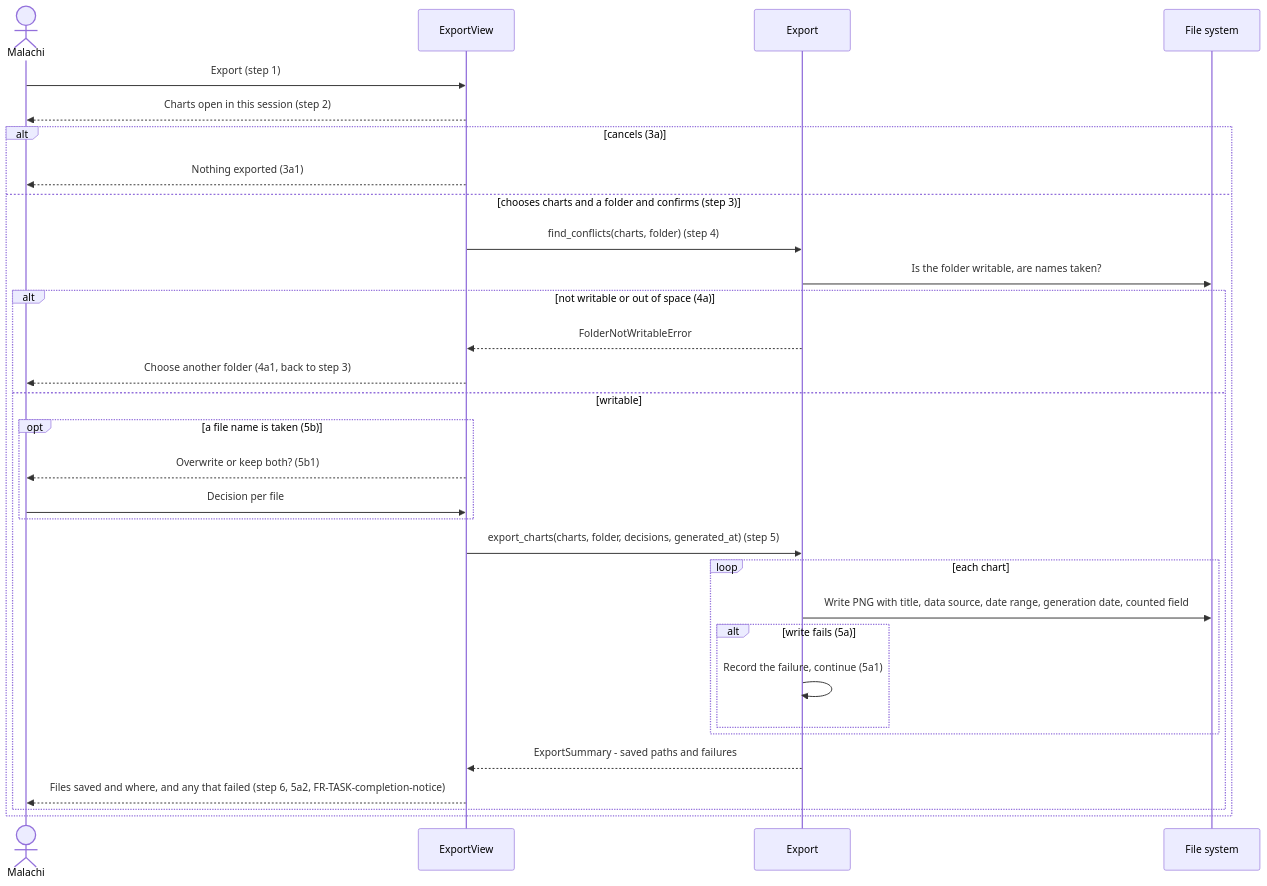
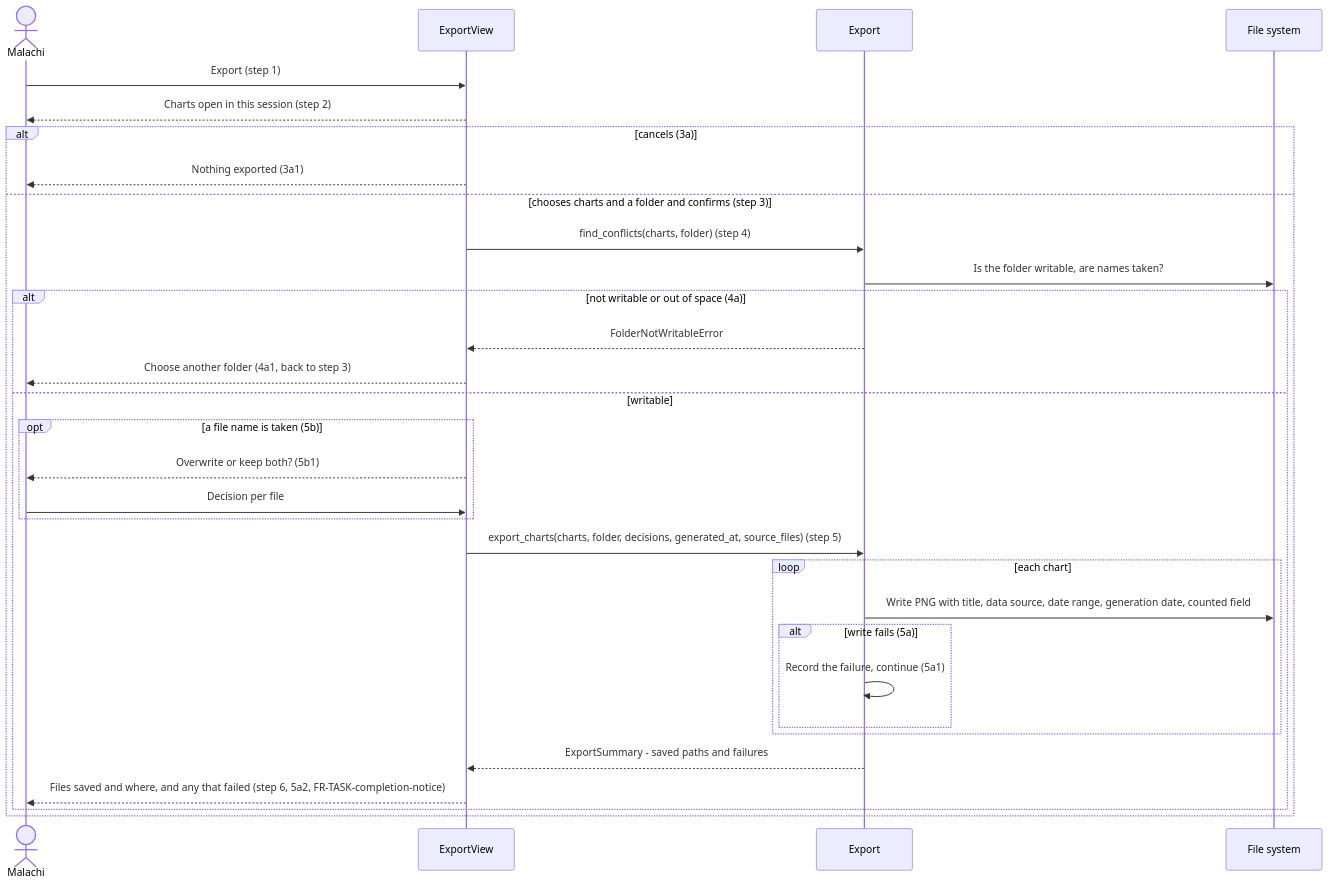
Before and after one commit to PathNotFound404/cosc-40943-team-06-USPTO: the third of 3 diagrams in docs/design/visualization.md, drawn with Mermaid. The commit also changed other lines of this file and 11 other files, not shown here.

````diff
--- a/docs/design/visualization.md
+++ b/docs/design/visualization.md
@@ -194,33 +195,33 @@
 ```mermaid
 sequenceDiagram
     actor M as Malachi
     participant EV as ExportView
     participant EX as Export
     participant FS as File system
     M->>EV: Export (step 1)
     EV-->>M: Charts open in this session (step 2)
     alt cancels (3a)
         EV-->>M: Nothing exported (3a1)
     else chooses charts and a folder and confirms (step 3)
         EV->>EX: find_conflicts(charts, folder) (step 4)
         EX->>FS: Is the folder writable, are names taken?
         alt not writable or out of space (4a)
             EX-->>EV: FolderNotWritableError
             EV-->>M: Choose another folder (4a1, back to step 3)
         else writable
             opt a file name is taken (5b)
                 EV-->>M: Overwrite or keep both? (5b1)
                 M->>EV: Decision per file
             end
-            EV->>EX: export_charts(charts, folder, decisions, generated_at) (step 5)
+            EV->>EX: export_charts(charts, folder, decisions, generated_at, source_files) (step 5)
             loop each chart
                 EX->>FS: Write PNG with title, data source, date range, generation date, counted field
                 alt write fails (5a)
                     EX->>EX: Record the failure, continue (5a1)
                 end
             end
             EX-->>EV: ExportSummary - saved paths and failures
             EV-->>M: Files saved and where, and any that failed (step 6, 5a2, FR-TASK-completion-notice)
         end
     end
 ```
````
